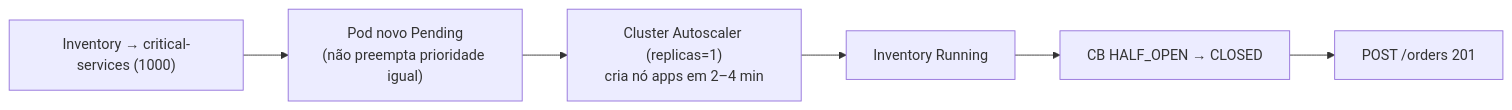
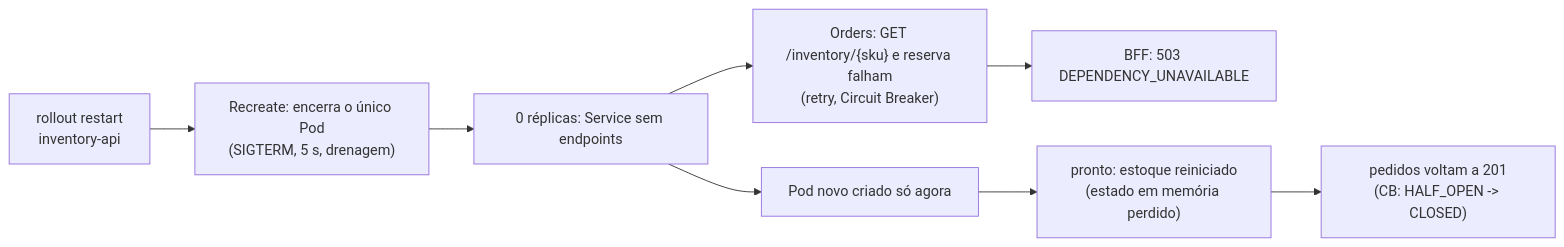
One commit to opsteam-sreday/workshop-k8s-reliability changed the fourth of 6 diagrams in labs/lab-03/README.md. Above: the diagram before and after it, drawn with Mermaid. The commit also changed other lines of this file and 42 other files, not shown here.

````diff
--- a/labs/lab-03/README.md
+++ b/labs/lab-03/README.md
@@ -397,6 +179,10 @@
 ```mermaid
 flowchart LR
-    F1["Inventory → critical-services (1000)"] --> F2["Pod novo Pending<br/>(não preempta prioridade igual)"]
-    F2 --> F3["Cluster Autoscaler (replicas=1)<br/>cria nó apps em 2–4 min"]
-    F3 --> F4["Inventory Running"] --> F5["CB HALF_OPEN → CLOSED"] --> F6["POST /orders 201"]
+    A["rollout restart<br/>inventory-api"] --> B["Recreate: encerra o único Pod<br/>(SIGTERM, 5 s, drenagem)"]
+    B --> C["0 réplicas: Service sem endpoints"]
+    C --> D["Orders: GET /inventory/{sku} e reserva falham<br/>(retry, Circuit Breaker)"]
+    D --> E["BFF: 503 DEPENDENCY_UNAVAILABLE"]
+    C --> F["Pod novo criado só agora"]
+    F --> G["pronto: estoque reiniciado<br/>(estado em memória perdido)"]
+    G --> H["pedidos voltam a 201<br/>(CB: HALF_OPEN -> CLOSED)"]
 ```
````
